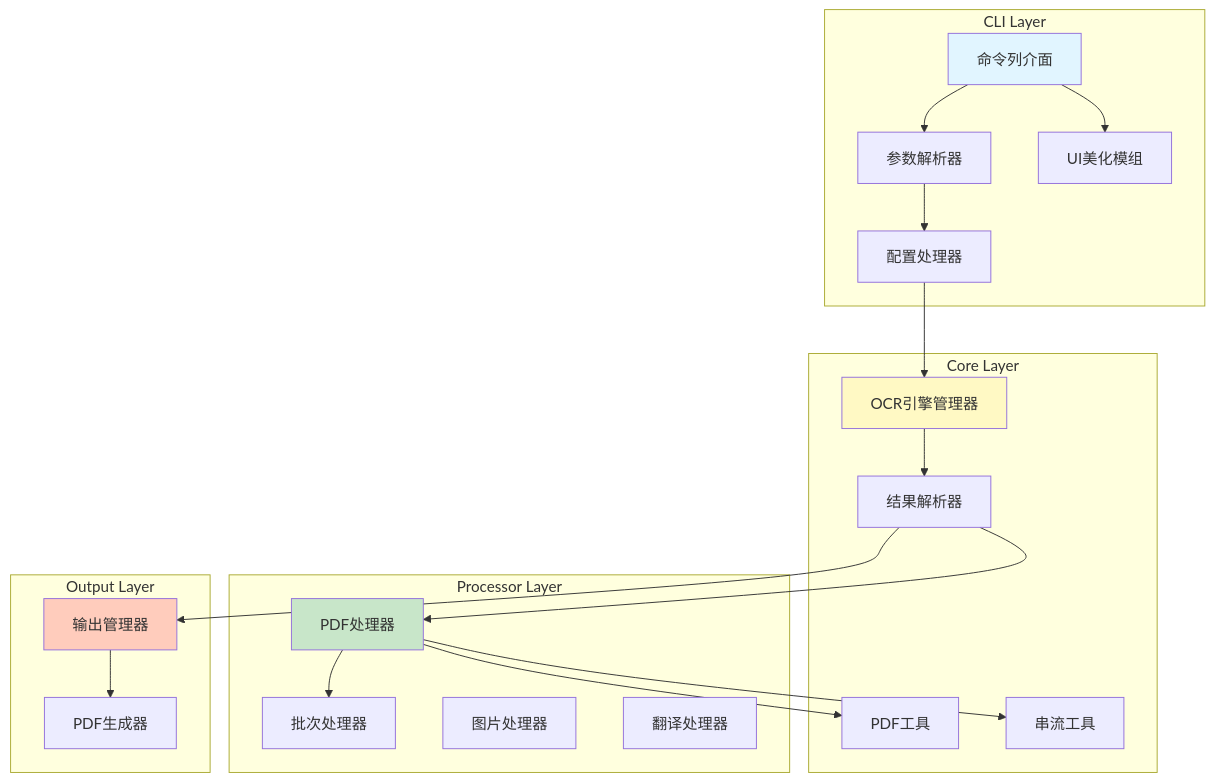
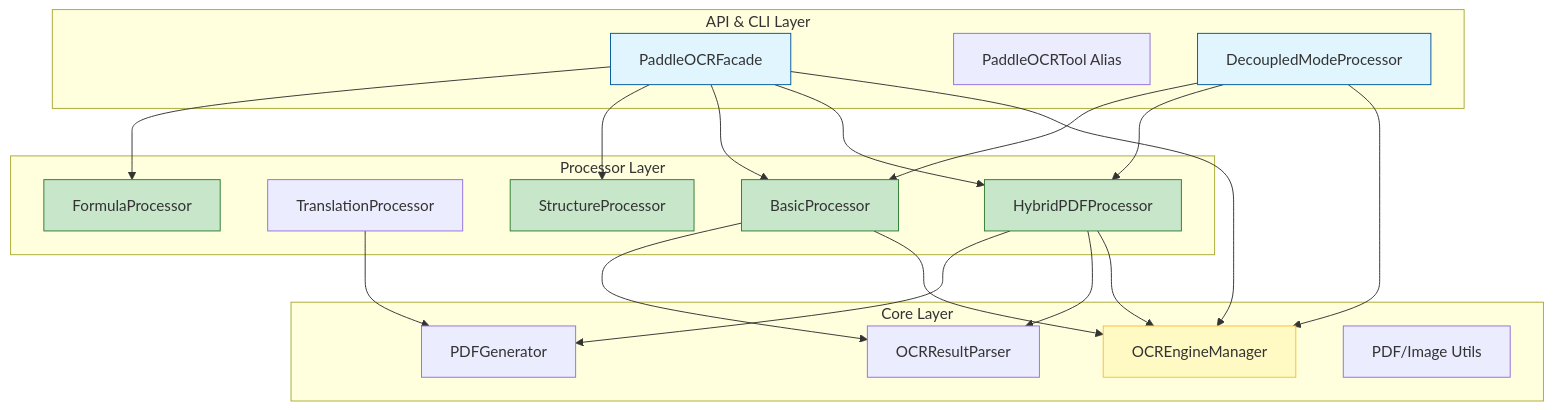
One commit to danwin47-sys/paddleocr-toolkit changed the first of 2 diagrams in docs/ARCHITECTURE.md. Above: the diagram before and after it, drawn with Mermaid. The commit also changed other lines of this file and 30 other files, not shown here.

First line of the commit message:
Refactor: Modularize PaddleOCRTool into Processors and Facade v2.0.0

````diff
--- a/docs/ARCHITECTURE.md
+++ b/docs/ARCHITECTURE.md
@@ -9,45 +18,51 @@
 ```mermaid
 graph TB
-    subgraph "CLI Layer"
-        CLI[命令列介面]
-        ArgParser[参数解析器]
-        ConfigHandler[配置处理器]
-        RichUI[UI美化模组]
+    subgraph "API & CLI Layer"
+        Facade[PaddleOCRFacade]
+        Tool[PaddleOCRTool Alias]
+        CLI[DecoupledModeProcessor]
+    end
+    
+    subgraph "Processor Layer"
+        Hybrid[HybridPDFProcessor]
+        Trans[TranslationProcessor]
+        Basic[BasicProcessor]
+        Struct[StructureProcessor]
+        Formula[FormulaProcessor]
     end
     
     subgraph "Core Layer"
-        OCREngine[OCR引擎管理器]
-        ResultParser[结果解析器]
-        PDFUtils[PDF工具]
-        StreamUtils[串流工具]
+        Engine[OCREngineManager]
+        Parser[OCRResultParser]
+        PDFGen[PDFGenerator]
+        Utils[PDF/Image Utils]
     end
+
+    %% 依賴關係
+    Facade --> Engine
+    Facade --> Hybrid
+    Facade --> Basic
+    Facade --> Struct
+    Facade --> Formula
     
-    subgraph "Processor Layer"
-        BatchProc[批次处理器]
-        PDFProc[PDF处理器]
-        ImgProc[图片处理器]
-        TransProc[翻译处理器]
-    end
+    CLI --> Engine
+    CLI --> Hybrid
+    CLI --> Basic
     
-    subgraph "Output Layer"
-        OutputMgr[输出管理器]
-        PDFGen[PDF生成器]
-    end
+    Hybrid --> Engine
+    Hybrid --> Parser
+    Hybrid --> PDFGen
     
-    CLI --> ArgParser
-    ArgParser --> ConfigHandler
-    CLI --> RichUI
-    ConfigHandler --> OCREngine
-    OCREngine --> ResultParser
-    ResultParser --> PDFProc
-    PDFProc --> PDFUtils
-    PDFProc --> StreamUtils
-    PDFProc --> BatchProc
-    ResultParser --> OutputMgr
-    OutputMgr --> PDFGen
+    Basic --> Engine
+    Basic --> Parser
     
-    style CLI fill:#e1f5ff
-    style OCREngine fill:#fff9c4
-    style PDFProc fill:#c8e6c9
-    style OutputMgr fill:#ffccbc
+    Trans --> PDFGen
+    
+    style Facade fill:#e1f5ff,stroke:#01579b
+    style CLI fill:#e1f5ff,stroke:#01579b
+    style Hybrid fill:#c8e6c9,stroke:#2e7d32
+    style Basic fill:#c8e6c9,stroke:#2e7d32
+    style Struct fill:#c8e6c9,stroke:#2e7d32
+    style Formula fill:#c8e6c9,stroke:#2e7d32
+    style Engine fill:#fff9c4,stroke:#fbc02d
 ```
````
